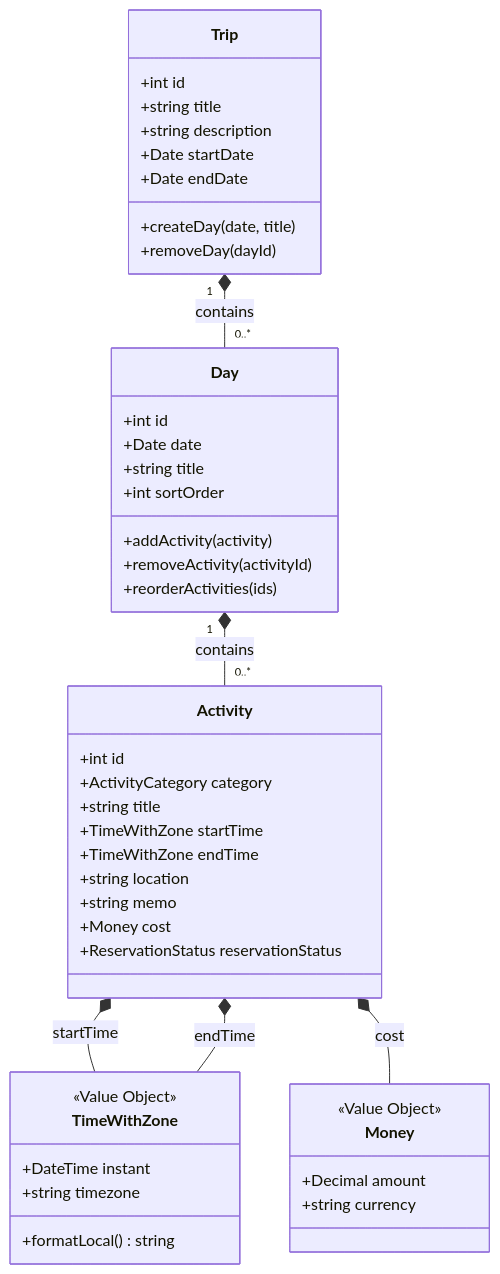
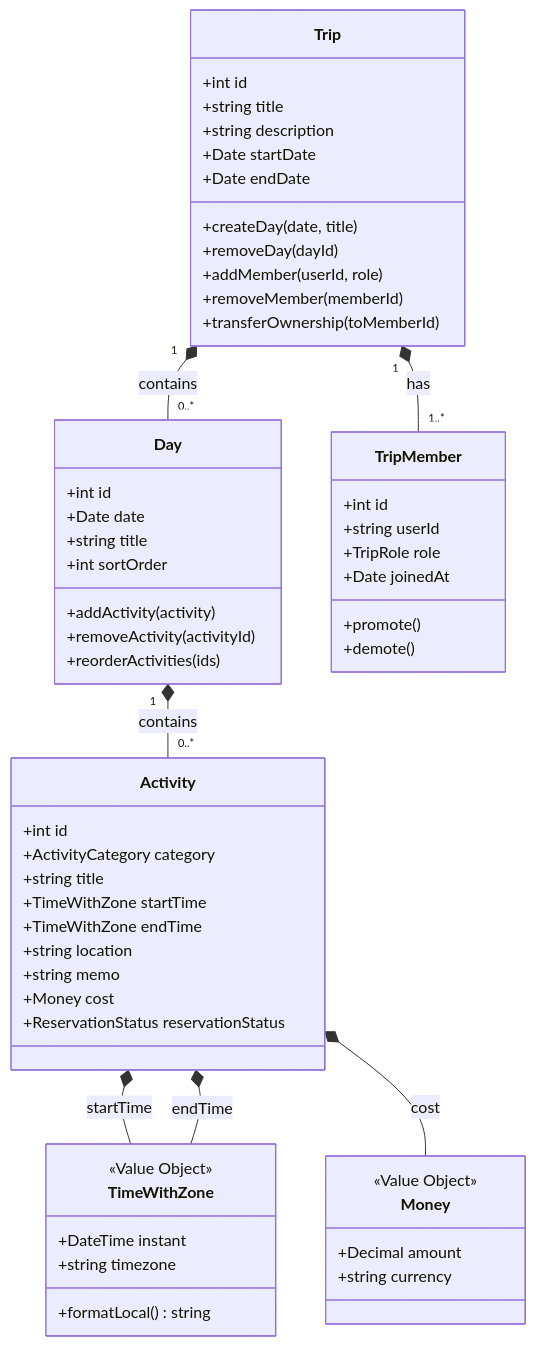
Before and after one commit to idean3885/trip-planner: the second of 4 diagrams in docs/DOMAIN.md, drawn with Mermaid. The commit also changed other lines of this file, not shown here.

````diff
--- a/docs/DOMAIN.md
+++ b/docs/DOMAIN.md
@@ -43,53 +56,66 @@
 ```mermaid
 classDiagram
     class Trip {
         +int id
         +string title
         +string description
         +Date startDate
         +Date endDate
         +createDay(date, title)
         +removeDay(dayId)
+        +addMember(userId, role)
+        +removeMember(memberId)
+        +transferOwnership(toMemberId)
     }
 
     class Day {
         +int id
         +Date date
         +string title
         +int sortOrder
         +addActivity(activity)
         +removeActivity(activityId)
         +reorderActivities(ids)
     }
 
     class Activity {
         +int id
         +ActivityCategory category
         +string title
         +TimeWithZone startTime
         +TimeWithZone endTime
         +string location
         +string memo
         +Money cost
         +ReservationStatus reservationStatus
     }
 
+    class TripMember {
+        +int id
+        +string userId
+        +TripRole role
+        +Date joinedAt
+        +promote()
+        +demote()
+    }
+
     class TimeWithZone {
         <<Value Object>>
         +DateTime instant
         +string timezone
         +formatLocal() string
     }
 
     class Money {
         <<Value Object>>
         +Decimal amount
         +string currency
     }
 
     Trip "1" *-- "0..*" Day : contains
+    Trip "1" *-- "1..*" TripMember : has
     Day "1" *-- "0..*" Activity : contains
     Activity *-- TimeWithZone : startTime
     Activity *-- TimeWithZone : endTime
     Activity *-- Money : cost
 ```
````
